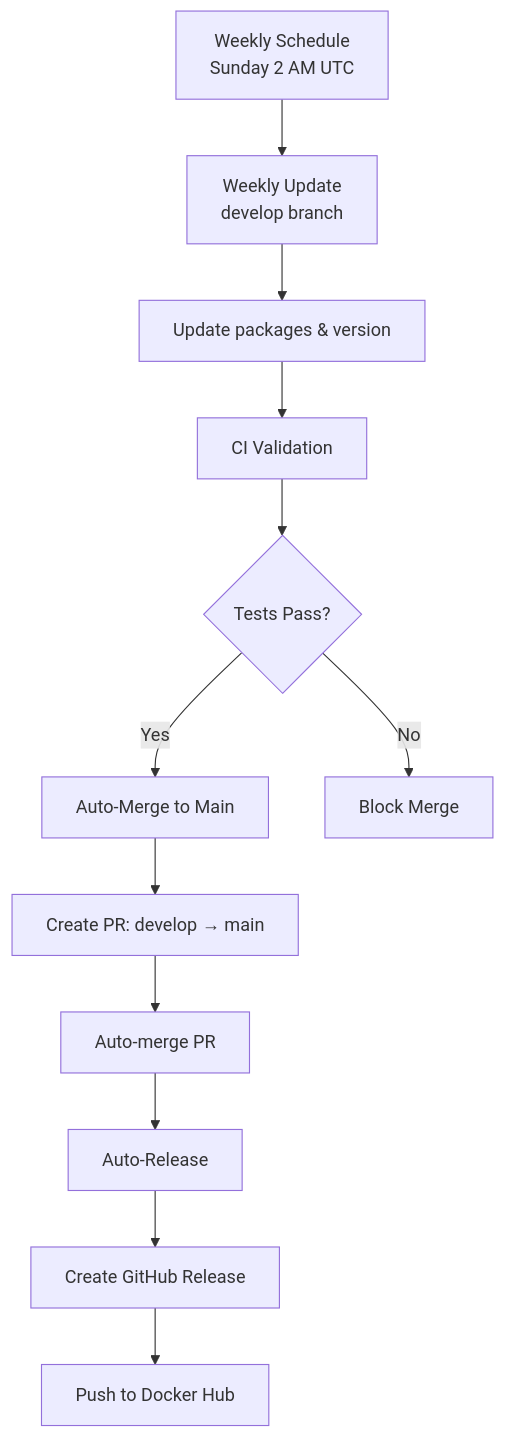
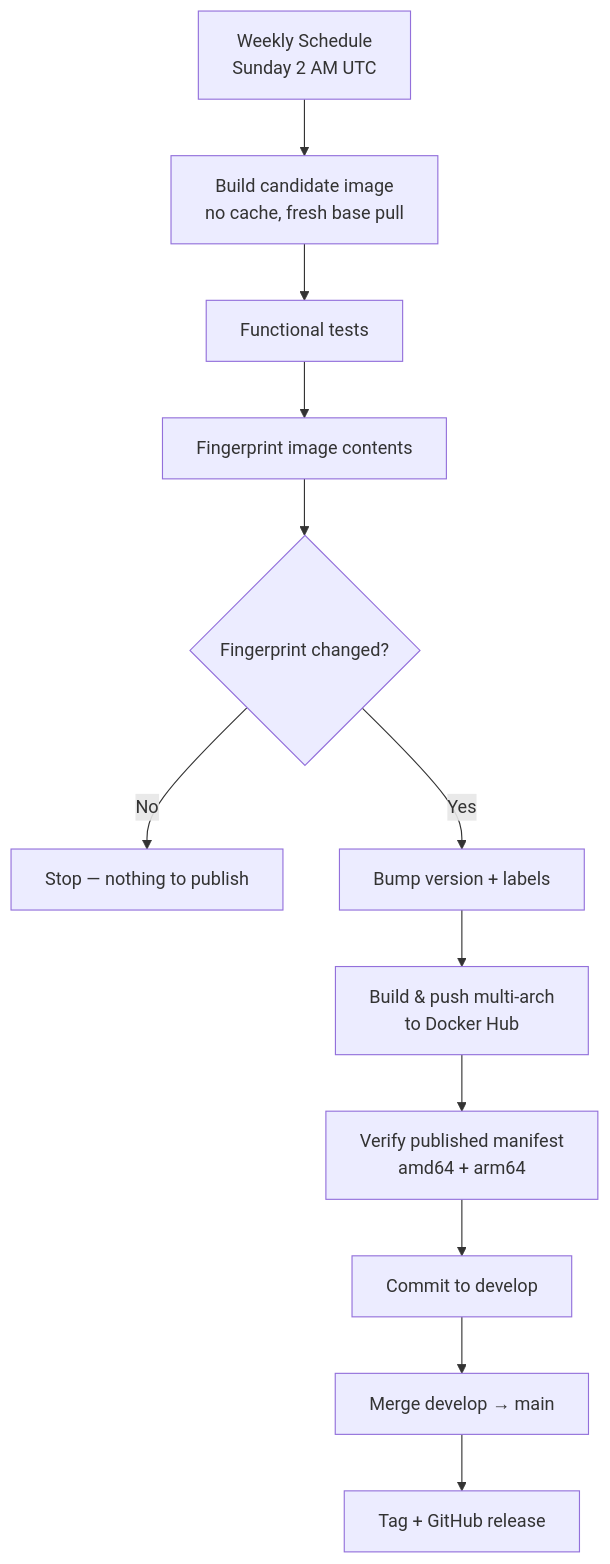
The diagram in .github/workflows/README.md (cloudresty/dockydeb), drawn with Mermaid before and after one commit. The commit also changed other lines of this file and 10 other files, not shown here.

````diff
--- a/.github/workflows/README.md
+++ b/.github/workflows/README.md
@@ -7,14 +12,14 @@
 ```mermaid
 graph TD
-    A[Weekly Schedule<br/>Sunday 2 AM UTC] --> B[Weekly Update<br/>develop branch]
-    B --> C[Update packages & version]
-    C --> D[CI Validation]
-    D --> E{Tests Pass?}
-    E -->|Yes| F[Auto-Merge to Main]
-    E -->|No| G[Block Merge]
-    F --> H[Create PR: develop → main]
-    H --> I[Auto-merge PR]
-    I --> J[Auto-Release]
-    J --> K[Create GitHub Release]
-    K --> L[Push to Docker Hub]
+    A[Weekly Schedule<br/>Sunday 2 AM UTC] --> B[Build candidate image<br/>no cache, fresh base pull]
+    B --> C[Functional tests]
+    C --> D[Fingerprint image contents]
+    D --> E{Fingerprint changed?}
+    E -->|No| F[Stop — nothing to publish]
+    E -->|Yes| G[Bump version + labels]
+    G --> H[Build & push multi-arch<br/>to Docker Hub]
+    H --> I[Verify published manifest<br/>amd64 + arm64]
+    I --> J[Commit to develop]
+    J --> K[Merge develop → main]
+    K --> L[Tag + GitHub release]
 ```
````
